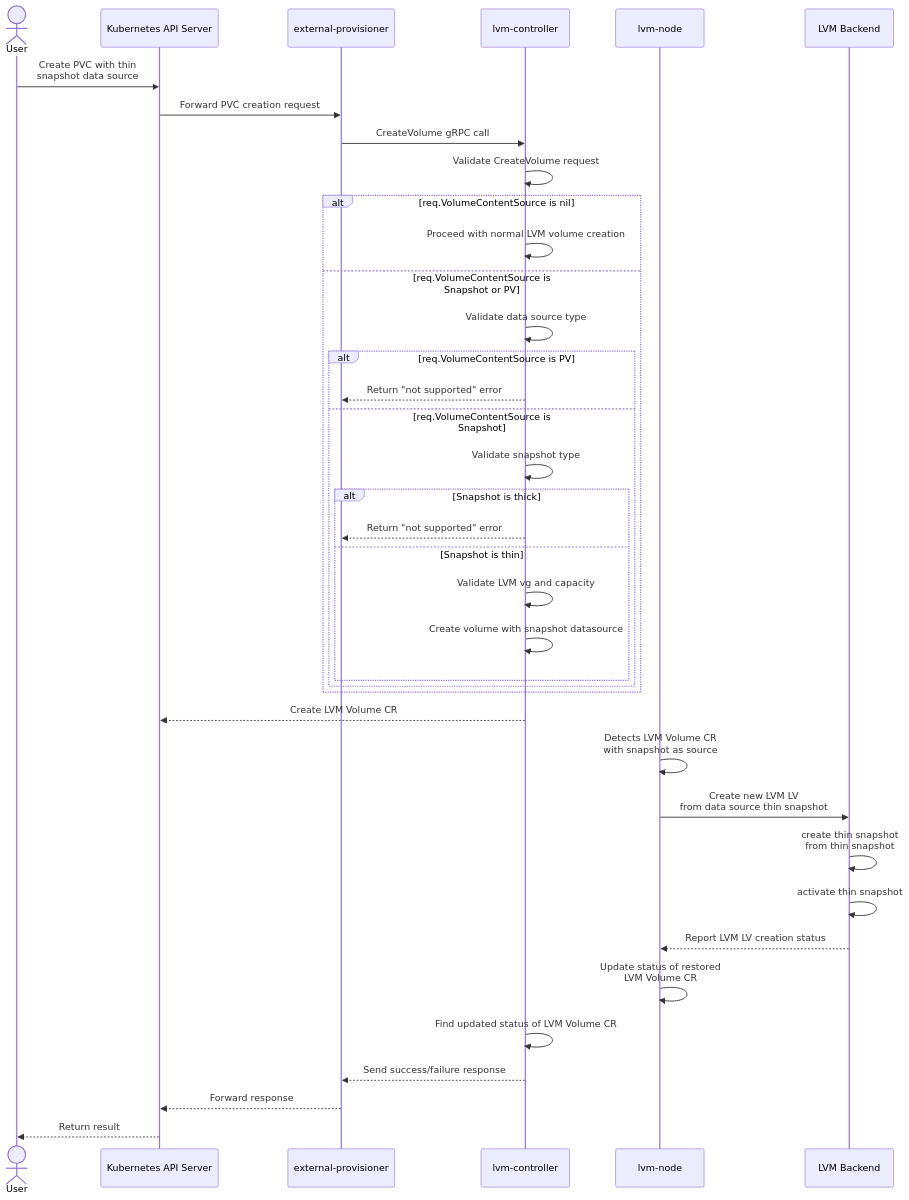
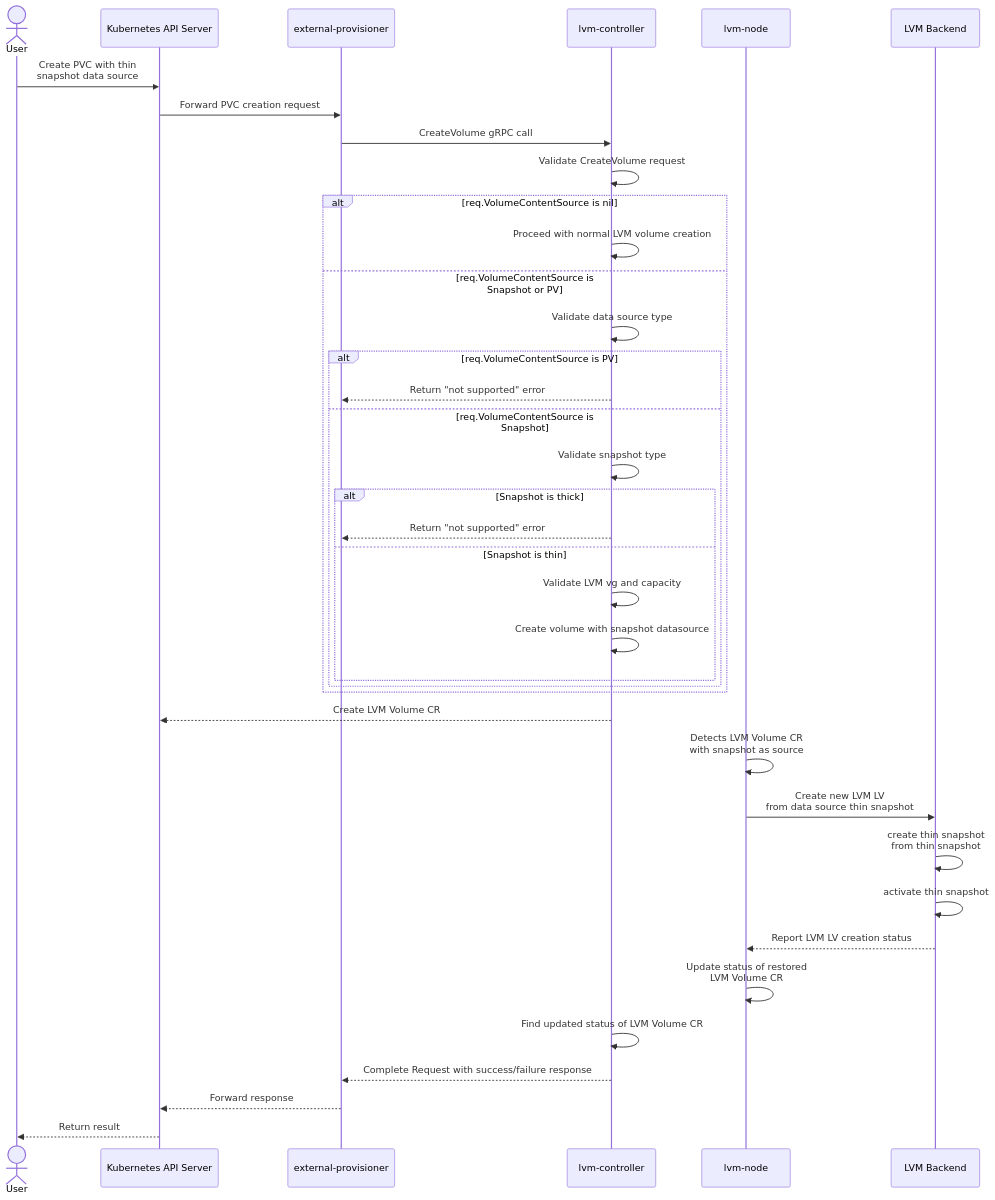
The diagram in designs/local-pv/lvm/snapshot-restore.md (rockmediainc/openebs), drawn with Mermaid before and after one commit. The commit also changed other lines of this file, not shown here.

````diff
--- a/designs/local-pv/lvm/snapshot-restore.md
+++ b/designs/local-pv/lvm/snapshot-restore.md
@@ -113,41 +113,41 @@
 ```mermaid
 sequenceDiagram
     actor User
     participant K8sAPI as Kubernetes API Server
     participant Provisioner as external-provisioner
     participant Controller as lvm-controller
     participant Node as lvm-node
     participant Backend as LVM Backend
 
     User->>K8sAPI: Create PVC with thin <br>snapshot data source
     K8sAPI->>Provisioner: Forward PVC creation request
     Provisioner->>Controller: CreateVolume gRPC call
     Controller->>Controller: Validate CreateVolume request
     alt req.VolumeContentSource is nil
         Controller->>Controller: Proceed with normal LVM volume creation
     else req.VolumeContentSource is Snapshot or PV
         Controller->>Controller: Validate data source type
         alt req.VolumeContentSource is PV
             Controller-->>Provisioner: Return "not supported" error
         else req.VolumeContentSource is Snapshot
             Controller->>Controller: Validate snapshot type
             alt Snapshot is thick
                 Controller-->>Provisioner: Return "not supported" error
             else Snapshot is thin
                 Controller->>Controller: Validate LVM vg and capacity
                 Controller->>Controller: Create volume with snapshot datasource
             end
         end
     end
     Controller-->>K8sAPI: Create LVM Volume CR
     Node->>Node: Detects LVM Volume CR <br>with snapshot as source
     Node->>Backend: Create new LVM LV <br>from data source thin snapshot
     Backend->>Backend: create thin snapshot <br>from thin snapshot
     Backend->>Backend: activate thin snapshot
     Backend-->>Node: Report LVM LV creation status
     Node->>Node: Update status of restored <br>LVM Volume CR
     Controller->>Controller: Find updated status of LVM Volume CR
-    Controller-->>Provisioner: Send success/failure response
+    Controller-->>Provisioner: Complete Request with success/failure response
     Provisioner-->>K8sAPI: Forward response
     K8sAPI-->>User: Return result
 ```
````
